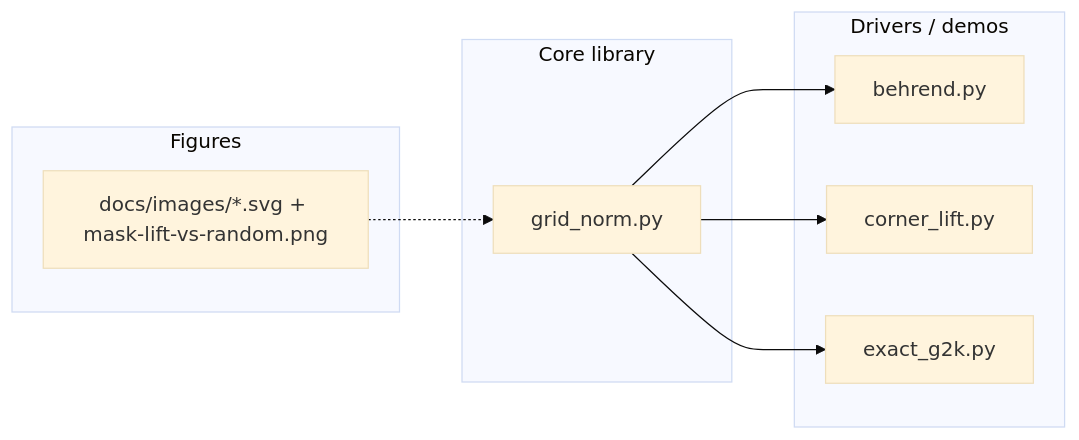
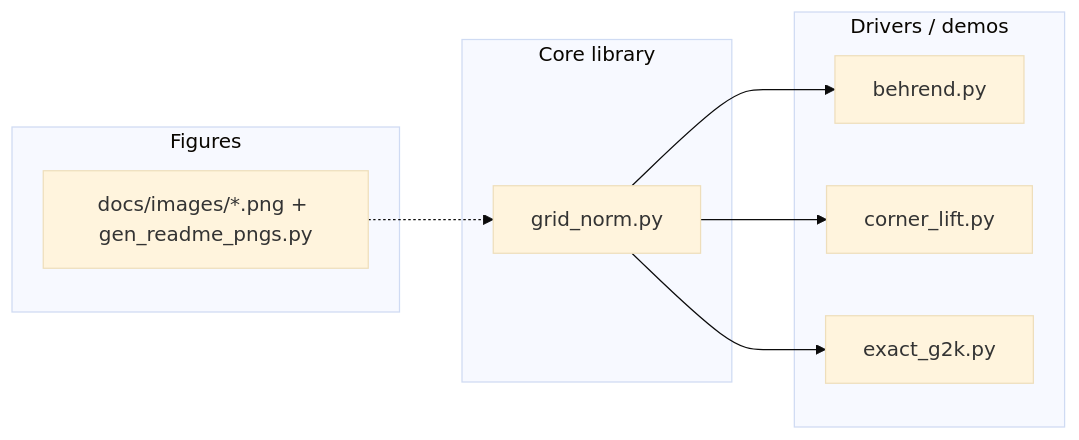
The second of 3 diagrams in README.md (ab0626/Gowers-Grid-Norm-Clumpiness-Detector), drawn with Mermaid (base theme) before and after one commit. The commit also changed other lines of this file and 10 other files, not shown here.

Commit message:
docs: README figures as PNG; mask heatmap --scale for sharp GitHub display

````diff
--- a/README.md
+++ b/README.md
@@ -109,18 +109,18 @@
 ```mermaid
 flowchart LR
   subgraph Core [Core library]
     GN[grid_norm.py]
   end
   subgraph Drivers [Drivers / demos]
     BE[behrend.py]
     CL[corner_lift.py]
     EX[exact_g2k.py]
   end
   subgraph Docs [Figures]
-    IM[docs/images/*.svg + mask-lift-vs-random.png]
+    IM[docs/images/*.png + gen_readme_pngs.py]
   end
   GN --> BE
   GN --> CL
   GN --> EX
   IM -.-> GN
 ```
````
